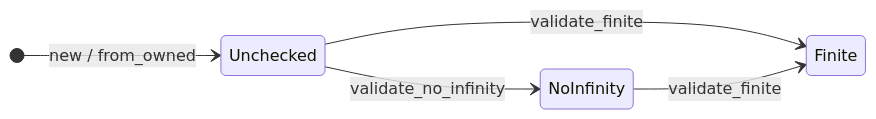
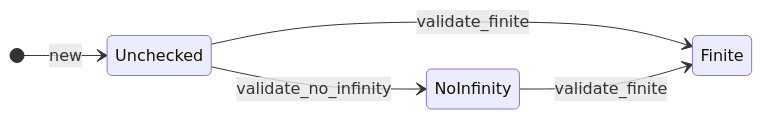
The diagram in docs/src/data.md (BenjaminLucier/predict), drawn with Mermaid before and after one commit. The commit also changed other lines of this file and 4 other files, not shown here.

````diff
--- a/docs/src/data.md
+++ b/docs/src/data.md
@@ -27,8 +27,8 @@
 ```mermaid
 stateDiagram-v2
     direction LR
-    [*] --> Unchecked: new / from_owned
+    [*] --> Unchecked: new
     Unchecked --> NoInfinity: validate_no_infinity
     Unchecked --> Finite: validate_finite
     NoInfinity --> Finite: validate_finite
 ```
````
